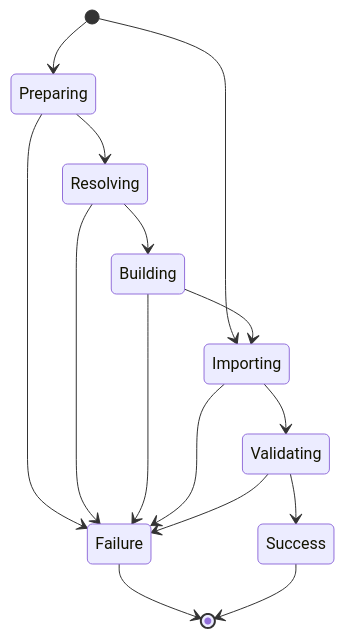
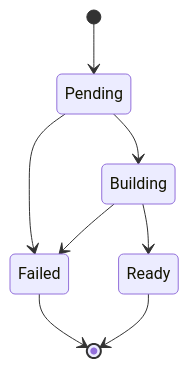
One commit to thoth-station/opendatahub-cnbi changed the fifth of 6 diagrams in README.md. Above: the diagram before and after it, drawn with Mermaid. The commit also changed other lines of this file, not shown here.

Commit message:
Update README from hackmd: state diagram

````diff
--- a/README.md
+++ b/README.md
@@ -159,18 +209,12 @@
 ```mermaid
 stateDiagram-v2
-    [*] --> Preparing
-    [*] --> Importing
-    Failure --> [*]
+    [*] --> Pending
 
-    Preparing --> Resolving
-    Preparing --> Failure
-    Resolving --> Building
-    Resolving --> Failure
-    Building --> Failure
-    Building --> Importing
-    Importing --> Validating
-    Importing --> Failure
-    Validating --> Success
-    Validating --> Failure
-    Success --> [*]
+    Pending --> Building
+    Pending --> Failed
+    Building --> Ready
+    Building --> Failed
+
+    Failed --> [*]
+    Ready --> [*]
 ```
````
